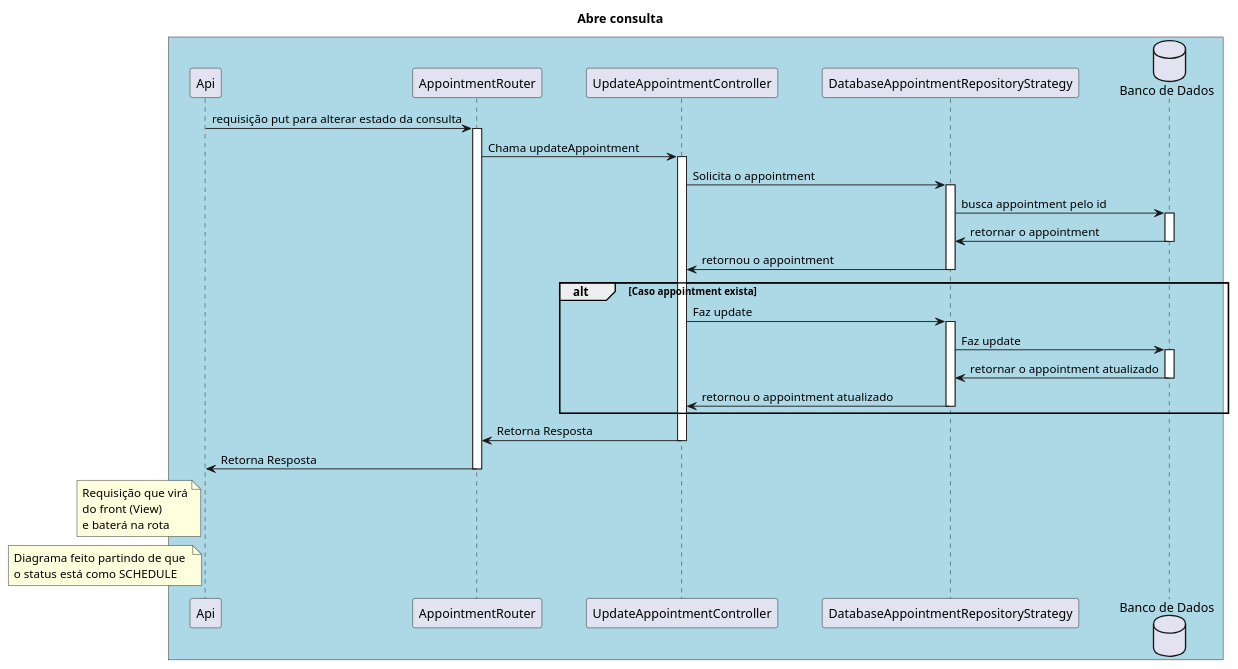
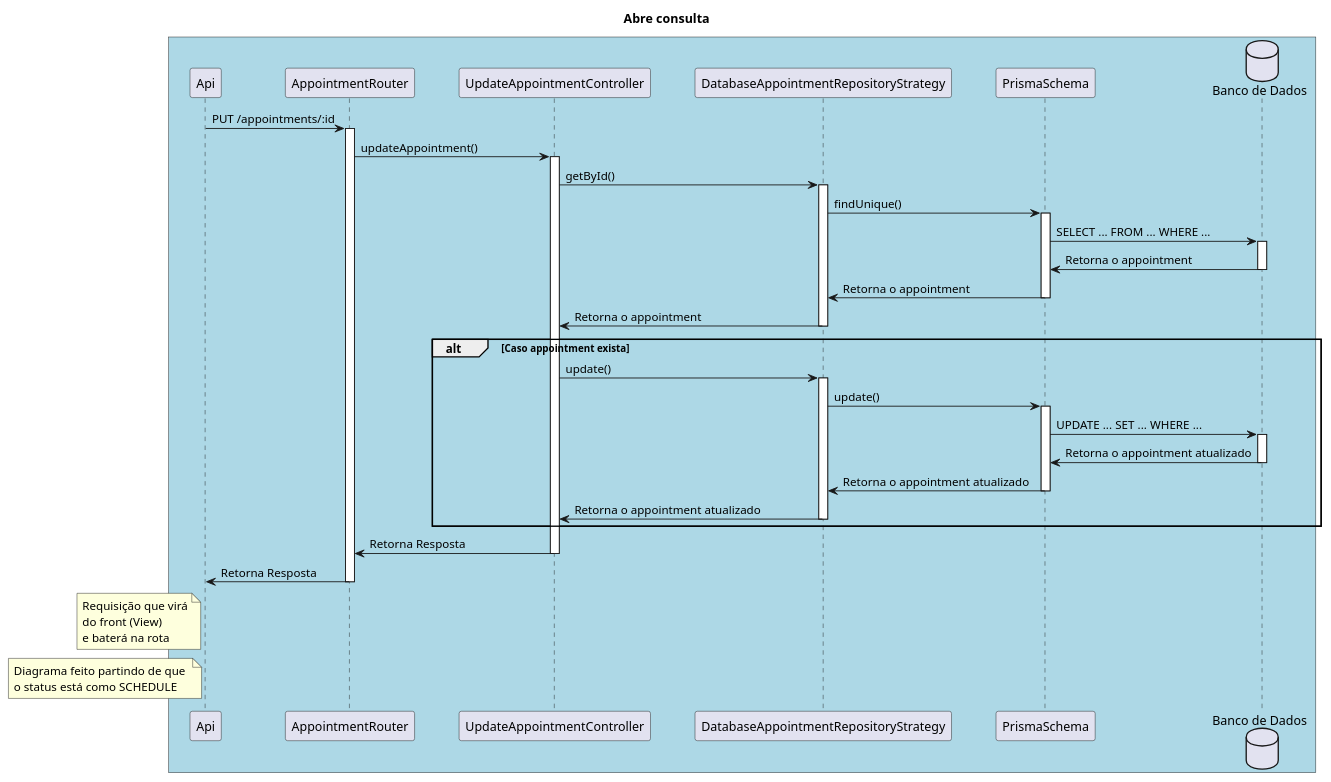
The diagram in docs/sequencia/abre-consulta.puml (vaniacourses/projeto-software-robson-caetano), drawn with PlantUML before and after one commit.

Commit message:
docs: atualiza diagrama de sequencia abrir consulta

```diff
--- a/docs/sequencia/abre-consulta.puml
+++ b/docs/sequencia/abre-consulta.puml
@@ -1,57 +1,68 @@
 @startuml
 skinparam participantPadding 20
 skinparam boxPadding 10
 
 title "Abre consulta"
 
 box #LightBlue
 participant "Api" as A
 participant "AppointmentRouter" as R
 participant "UpdateAppointmentController" as C
 participant "DatabaseAppointmentRepositoryStrategy" as RP
+participant "PrismaSchema" as PS
 database "Banco de Dados" as DB
 
-A -> R: requisição put para alterar estado da consulta
+A -> R: PUT /appointments/:id
 activate R
-R -> C: Chama updateAppointment
+R -> C: updateAppointment()
 activate C
-C -> RP: Solicita o appointment
+C -> RP: getById()
 activate RP
-RP -> DB: busca appointment pelo id
+RP -> PS: findUnique()
+activate PS
+PS -> DB: SELECT ... FROM ... WHERE ...
 activate DB
-DB -> RP: retornar o appointment
+DB -> PS: Retorna o appointment
 deactivate DB
-RP -> C: retornou o appointment
+PS -> RP: Retorna o appointment
+deactivate PS
+RP -> C: Retorna o appointment
 deactivate RP
 
 alt Caso appointment exista
+    C -> RP: update()
+    activate RP
+    RP -> PS: update()
+    activate PS
+    PS -> DB: UPDATE ... SET ... WHERE ...
+    activate DB
+    DB -> PS: Retorna o appointment atualizado
+    deactivate DB
+    PS -> RP: Retorna o appointment atualizado
+    deactivate PS
 
-    C -> RP: Faz update
-    activate RP
-    RP -> DB: Faz update
-    activate DB
-    DB -> RP: retornar o appointment atualizado
-    deactivate DB
-    RP -> C: retornou o appointment atualizado
+
+
+    RP -> C: Retorna o appointment atualizado
     deactivate RP
 end
 
 'Retorna resposta'
 C -> R: Retorna Resposta
 deactivate C
 R -> A: Retorna Resposta
 deactivate R
 
 note left of A
     Requisição que virá
     do front (View)
     e baterá na rota
     '/appointments'.
 end note
 
 note left of A
     Diagrama feito partindo de que 
     o status está como SCHEDULE
 end note
 
 @enduml
```
